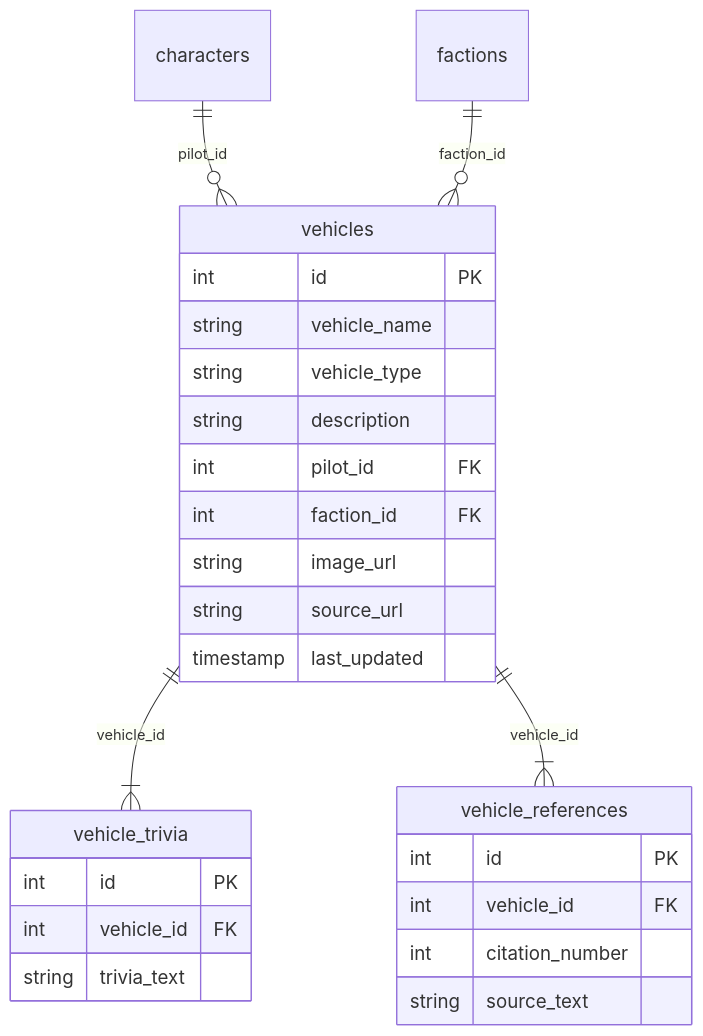
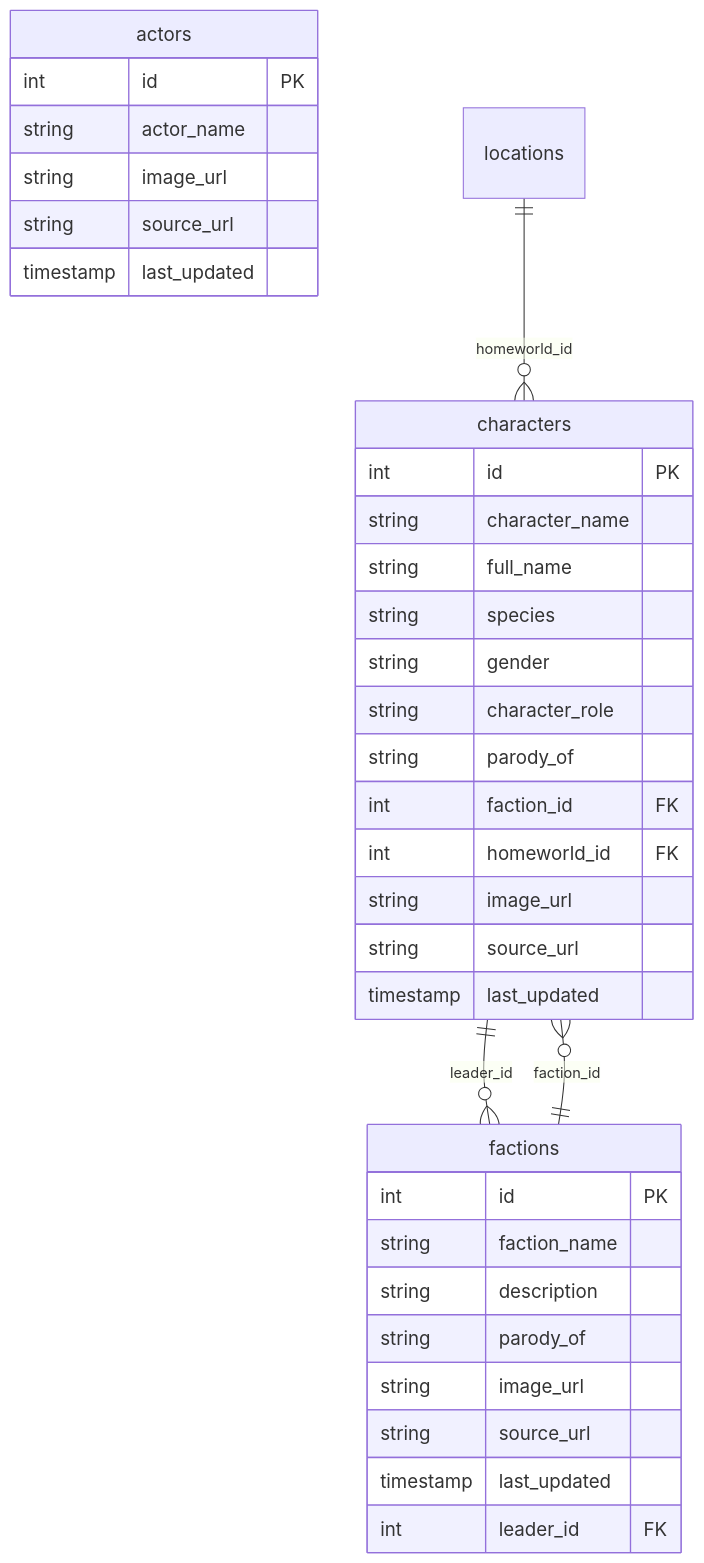
The fifth of 6 diagrams in docs/ERD.md (thestackshepherd/sbapi), drawn with Mermaid before and after one commit. The commit also changed other lines of this file and 14 other files, not shown here.

First line of the commit message:
Simplify DB schema to 16 tables and add scraper JSON schemas

````diff
--- a/docs/ERD.md
+++ b/docs/ERD.md
@@ -190,30 +179,38 @@
 ```mermaid
 %%{init: {'er': {'useMaxWidth': false}, 'themeVariables': {'fontSize': '18px'}}}%%
 erDiagram
-    vehicle_references {
+    actors {
         int id PK
-        int vehicle_id FK
-        int citation_number
-        string source_text
-    }
-    vehicle_trivia {
-        int id PK
-        int vehicle_id FK
-        string trivia_text
-    }
-    vehicles {
-        int id PK
-        string vehicle_name
-        string vehicle_type
-        string description
-        int pilot_id FK
-        int faction_id FK
+        string actor_name
         string image_url
         string source_url
         timestamp last_updated
     }
-    characters ||--o{ vehicles : "pilot_id"
-    factions ||--o{ vehicles : "faction_id"
-    vehicles ||--|{ vehicle_trivia : "vehicle_id"
-    vehicles ||--|{ vehicle_references : "vehicle_id"
+    characters {
+        int id PK
+        string character_name
+        string full_name
+        string species
+        string gender
+        string character_role
+        string parody_of
+        int faction_id FK
+        int homeworld_id FK
+        string image_url
+        string source_url
+        timestamp last_updated
+    }
+    factions {
+        int id PK
+        string faction_name
+        string description
+        string parody_of
+        string image_url
+        string source_url
+        timestamp last_updated
+        int leader_id FK
+    }
+    characters ||--o{ factions : "leader_id"
+    factions ||--o{ characters : "faction_id"
+    locations ||--o{ characters : "homeworld_id"
 ```
````
